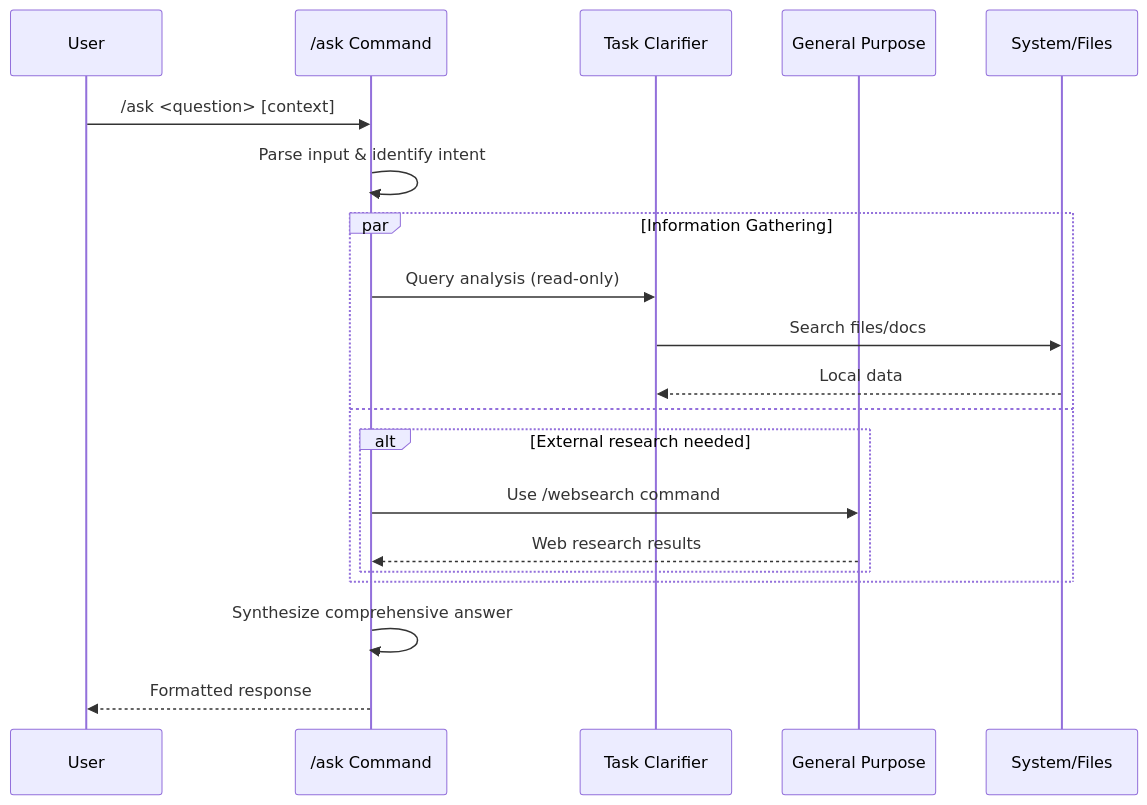
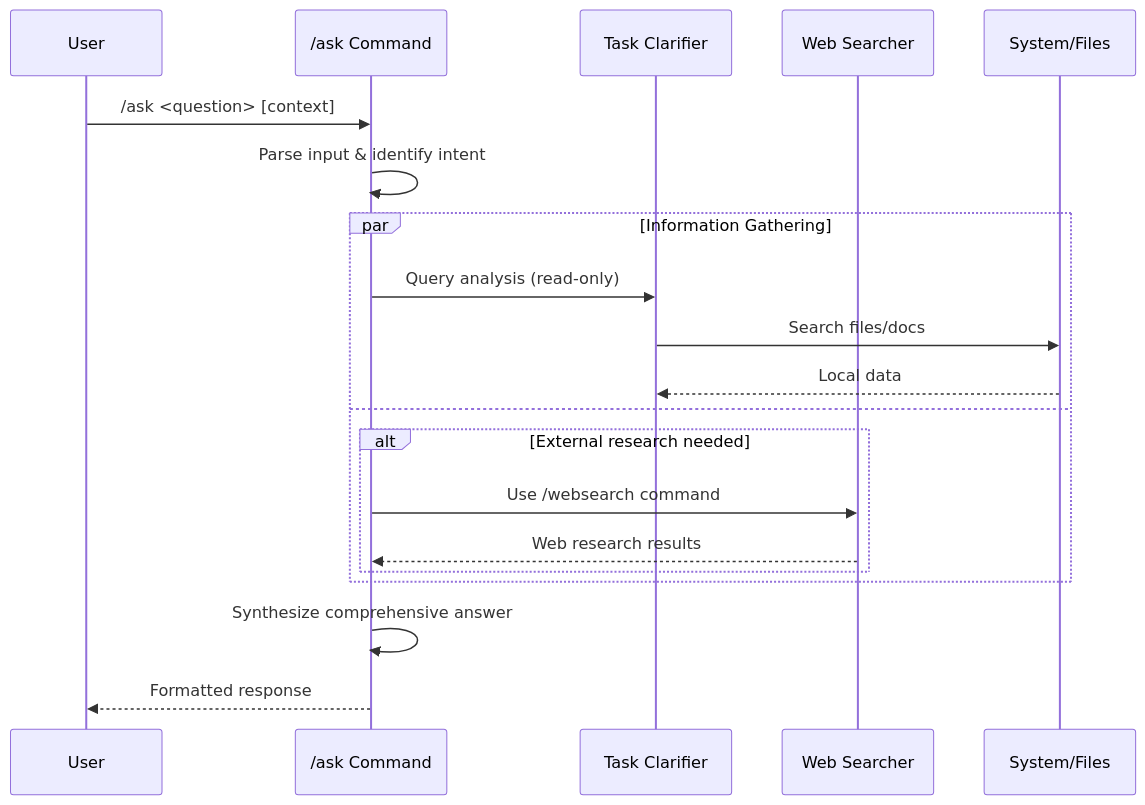
The diagram in .claude/commands/ask.md (zzaia/zzaia-agentic-workspace), drawn with Mermaid before and after one commit. The commit also changed other lines of this file and 4 other files, not shown here.

Commit message:
Improve the web searcher capabilities;

````diff
--- a/.claude/commands/ask.md
+++ b/.claude/commands/ask.md
@@ -54,25 +54,25 @@
 ```mermaid
 sequenceDiagram
     participant U as User
     participant C as /ask Command
     participant TC as Task Clarifier
-    participant GP as General Purpose
+    participant WS as Web Searcher
     participant S as System/Files
 
     U->>C: /ask <question> [context]
     C->>C: Parse input & identify intent
 
     par Information Gathering
         C->>TC: Query analysis (read-only)
         TC->>S: Search files/docs
         S-->>TC: Local data
     and
         alt External research needed
-            C->>GP: Use /websearch command
-            GP-->>C: Web research results
+            C->>WS: Use /websearch command
+            WS-->>C: Web research results
         end
     end
 
     C->>C: Synthesize comprehensive answer
     C-->>U: Formatted response
 ```
````
